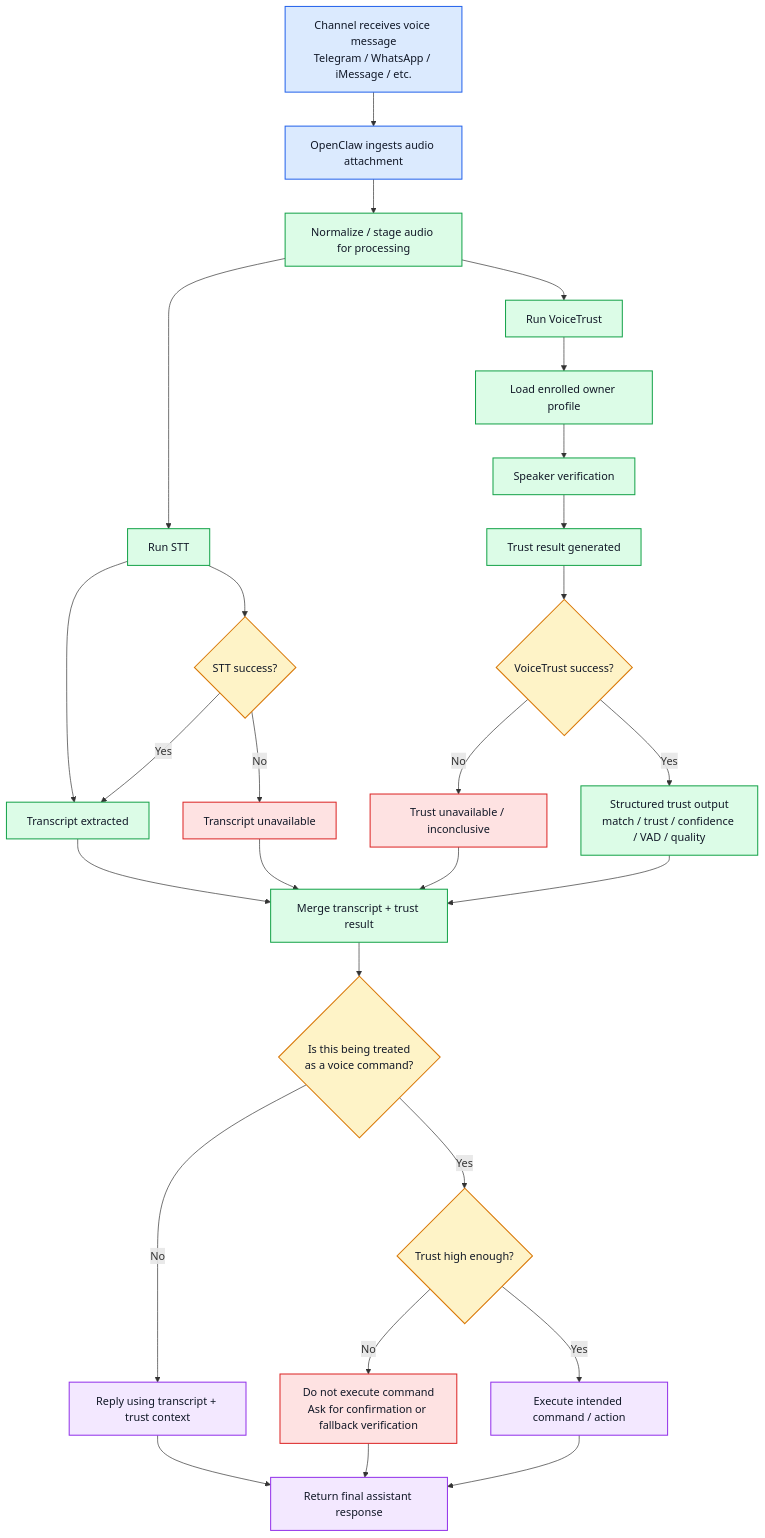
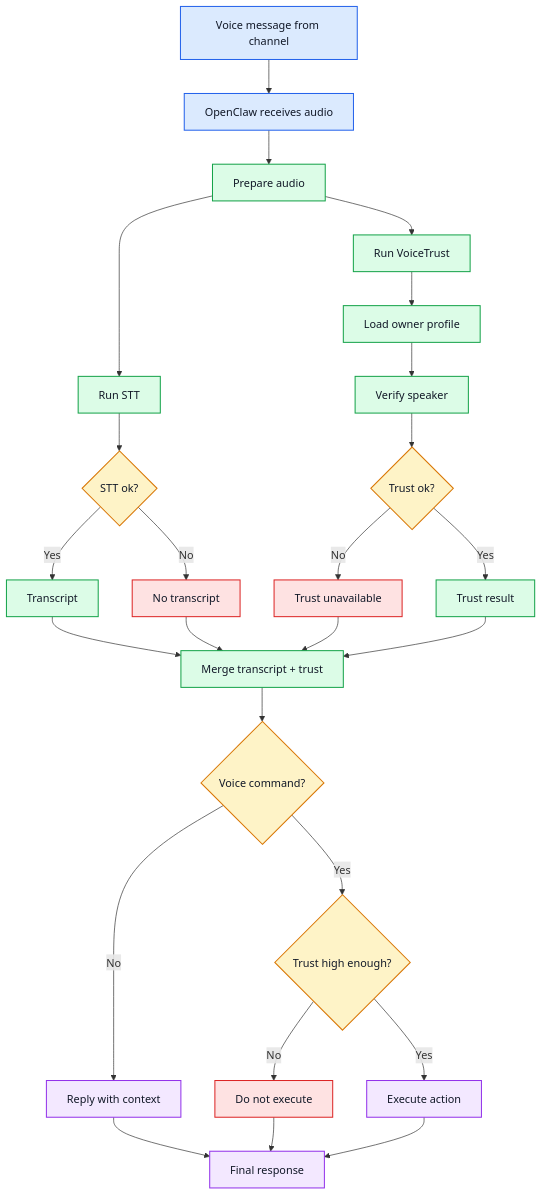
The diagram in README.md (ChuaKhunngan/VoiceTrust), drawn with Mermaid before and after one commit. The commit also changed other lines of this file, not shown here.

Commit message:
docs(readme): simplify flow diagram and add upstream credits

````diff
--- a/README.md
+++ b/README.md
@@ -30,47 +30,45 @@
 ```mermaid
 flowchart TD
-    A[Channel receives voice message\nTelegram / WhatsApp / iMessage / etc.] --> B[OpenClaw ingests audio attachment]
-    B --> C[Normalize / stage audio for processing]
+    A[Voice message from channel] --> B[OpenClaw receives audio]
+    B --> C[Prepare audio]
 
     C --> D[Run STT]
     C --> E[Run VoiceTrust]
 
-    D --> D1[Transcript extracted]
-    D --> D2{STT success?}
-    D2 -- No --> D3[Transcript unavailable]
-    D2 -- Yes --> D1
+    D --> D2{STT ok?}
+    D2 -- Yes --> D1[Transcript]
+    D2 -- No --> D3[No transcript]
 
-    E --> E1[Load enrolled owner profile]
-    E1 --> E2[Speaker verification]
-    E2 --> E3[Trust result generated]
-    E3 --> E4{VoiceTrust success?}
-    E4 -- No --> E5[Trust unavailable / inconclusive]
-    E4 -- Yes --> E6[Structured trust output\nmatch / trust / confidence / VAD / quality]
+    E --> E1[Load owner profile]
+    E1 --> E2[Verify speaker]
+    E2 --> E4{Trust ok?}
+    E4 -- Yes --> E6[Trust result]
+    E4 -- No --> E5[Trust unavailable]
 
-    D1 --> F[Merge transcript + trust result]
+    D1 --> F[Merge transcript + trust]
     D3 --> F
     E5 --> F
     E6 --> F
 
-    F --> G{Is this being treated\nas a voice command?}
-    G -- No --> H[Reply using transcript + trust context]
+    F --> G{Voice command?}
+    G -- No --> H[Reply with context]
     G -- Yes --> I{Trust high enough?}
-    I -- No --> J[Do not execute command\nAsk for confirmation or fallback verification]
-    I -- Yes --> K[Execute intended command / action]
+    I -- No --> J[Do not execute]
+    I -- Yes --> K[Execute action]
 
-    H --> L[Return final assistant response]
+    H --> L[Final response]
     J --> L
     K --> L
 
     classDef channel fill:#dbeafe,stroke:#2563eb,color:#111827,stroke-width:1.5px;
     classDef processing fill:#dcfce7,stroke:#16a34a,color:#111827,stroke-width:1.5px;
     classDef decision fill:#fef3c7,stroke:#d97706,color:#111827,stroke-width:1.5px;
     classDef output fill:#f3e8ff,stroke:#9333ea,color:#111827,stroke-width:1.5px;
     classDef failure fill:#fee2e2,stroke:#dc2626,color:#111827,stroke-width:1.5px;
 
     class A,B channel;
-    class C,D,E,D1,E1,E2,E3,E6,F processing;
+    class C,D,E,D1,E1,E2,E6,F processing;
     class D2,E4,G,I decision;
     class H,K,L output;
     class D3,E5,J failure;
 ```
````
